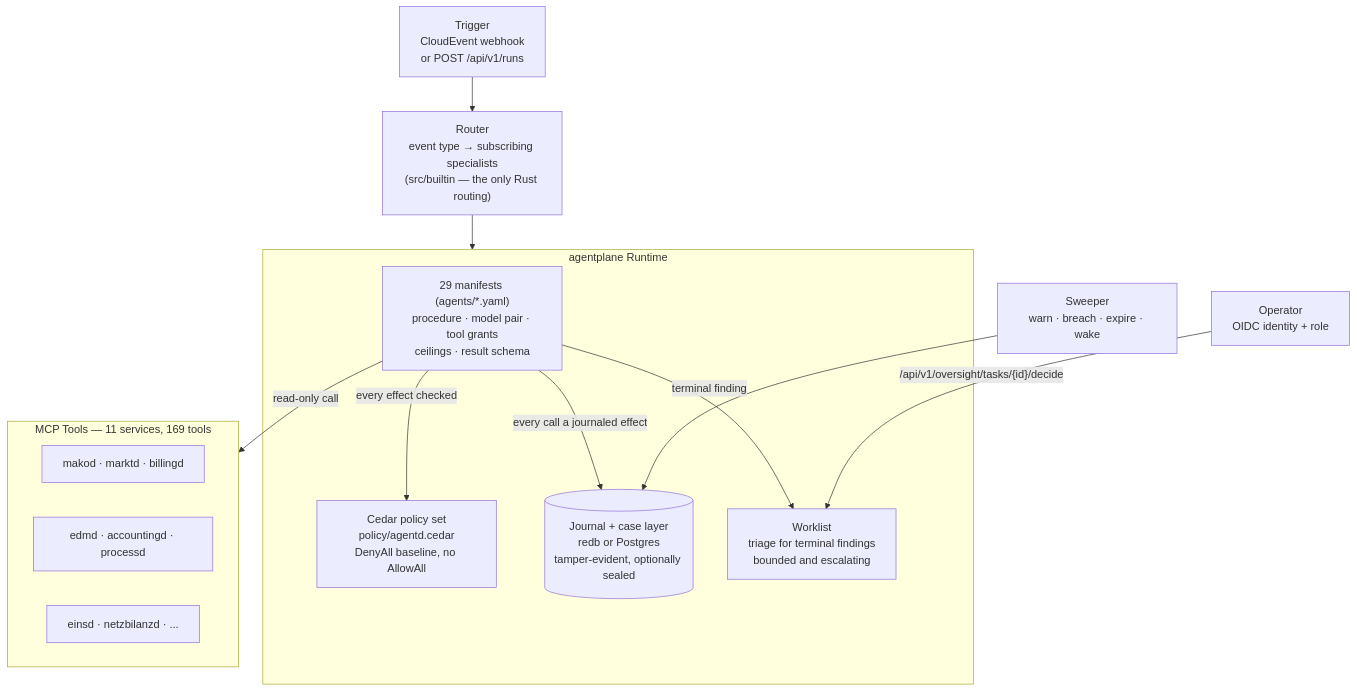
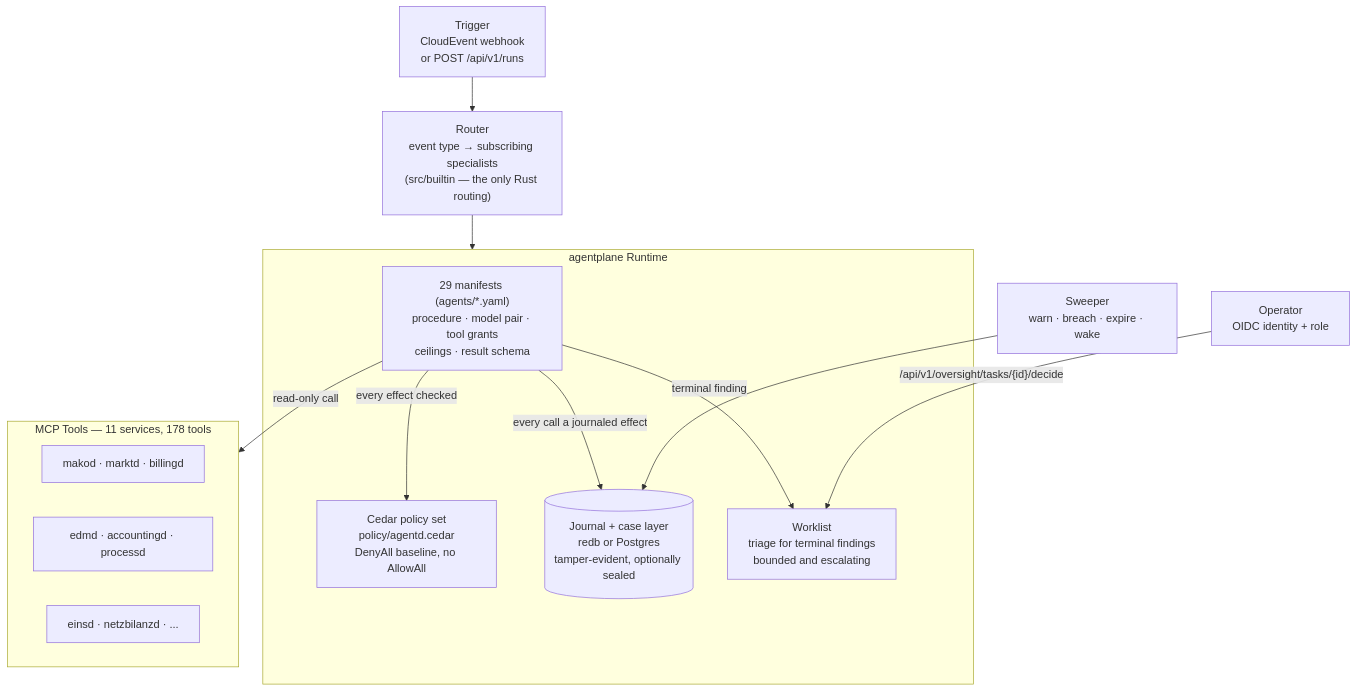
One commit to hupe1980/mako changed the first of 4 diagrams in site/content/docs/services/agentd.md. Above: the diagram before and after it, drawn with Mermaid. The commit also changed other lines of this file and 452 other files, not shown here.

````diff
--- a/site/content/docs/services/agentd.md
+++ b/site/content/docs/services/agentd.md
@@ -464,29 +514,29 @@
 ```mermaid
 graph TB
     TRIGGER["Trigger<br/>CloudEvent webhook<br/>or POST /api/v1/runs"]
     ROUTER["Router<br/>event type → subscribing specialists<br/>(src/builtin — the only Rust routing)"]
 
     subgraph plane ["agentplane Runtime"]
         MANIFEST["29 manifests (agents/*.yaml)<br/>procedure · model pair · tool grants<br/>ceilings · result schema"]
         POLICY["Cedar policy set<br/>policy/agentd.cedar<br/>DenyAll baseline, no AllowAll"]
         JOURNAL[("Journal + case layer<br/>redb or Postgres<br/>tamper-evident, optionally sealed")]
         OVERSIGHT["Worklist<br/>triage for terminal findings<br/>bounded and escalating"]
     end
 
-    subgraph tools ["MCP Tools — 11 services, 169 tools"]
+    subgraph tools ["MCP Tools — 11 services, 178 tools"]
         T1["makod · marktd · billingd"]
         T2["edmd · accountingd · processd"]
         T3["einsd · netzbilanzd · ..."]
     end
 
     HUMAN["Operator<br/>OIDC identity + role"]
     SWEEP["Sweeper<br/>warn · breach · expire · wake"]
 
     TRIGGER --> ROUTER --> plane
     MANIFEST -->|"every effect checked"| POLICY
     MANIFEST -->|"every call a journaled effect"| JOURNAL
     MANIFEST -->|"terminal finding"| OVERSIGHT
     HUMAN -->|"/api/v1/oversight/tasks/{id}/decide"| OVERSIGHT
     SWEEP --> JOURNAL
     MANIFEST -->|"read-only call"| tools
 ```
````
